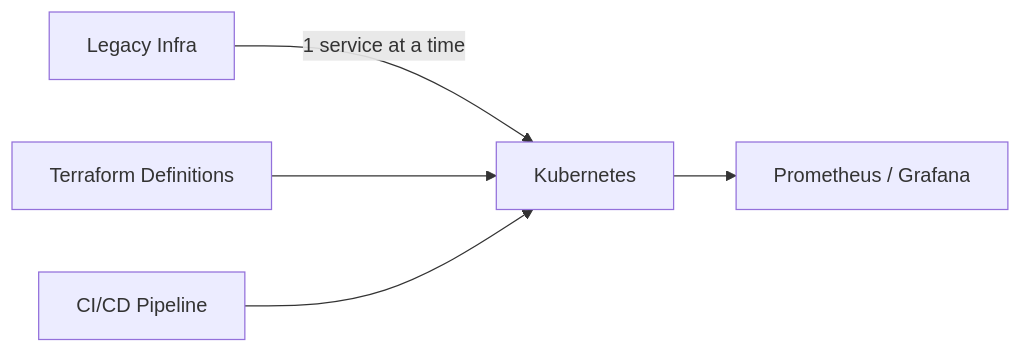
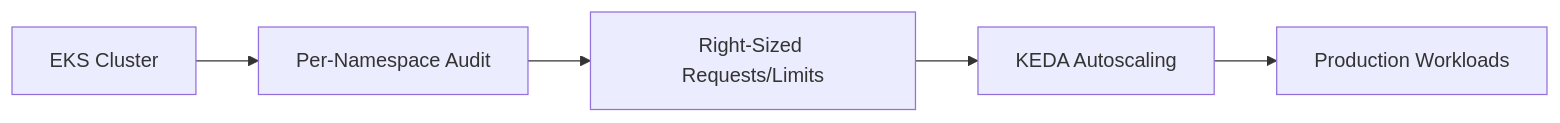
Before and after one commit to jacksmartv/jacksmartv.github.io: the diagram in src/content/architecture/cloud-native-migration-strategy.mdx, drawn with Mermaid. The commit also changed other lines of this file and 9 other files, not shown here.

````diff
--- a/src/content/architecture/cloud-native-migration-strategy.mdx
+++ b/src/content/architecture/cloud-native-migration-strategy.mdx
@@ -20,7 +20,7 @@
 ```mermaid
 flowchart LR
-    Legacy[Legacy Infra] -->|1 service at a time| K8s[Kubernetes]
-    Terraform[Terraform Definitions] --> K8s
-    CI[CI/CD Pipeline] --> K8s
-    K8s --> Monitoring[Prometheus / Grafana]
+    Cluster[EKS Cluster] --> Audit[Per-Namespace Audit]
+    Audit --> RightSize[Right-Sized Requests/Limits]
+    RightSize --> KEDA[KEDA Autoscaling]
+    KEDA --> Workloads[Production Workloads]
 ```
````
